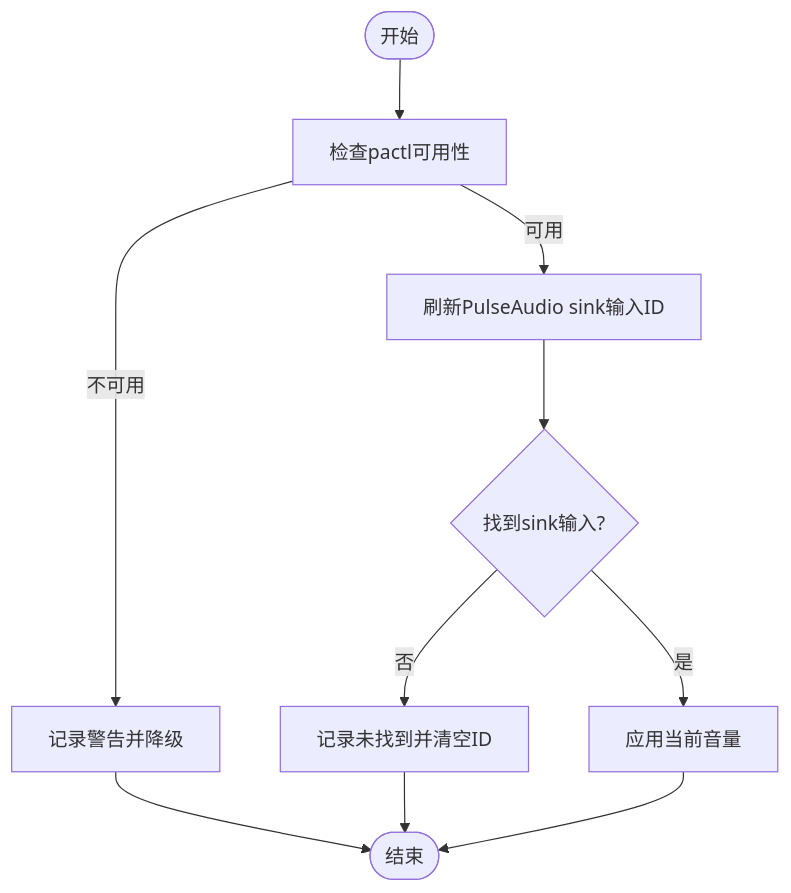
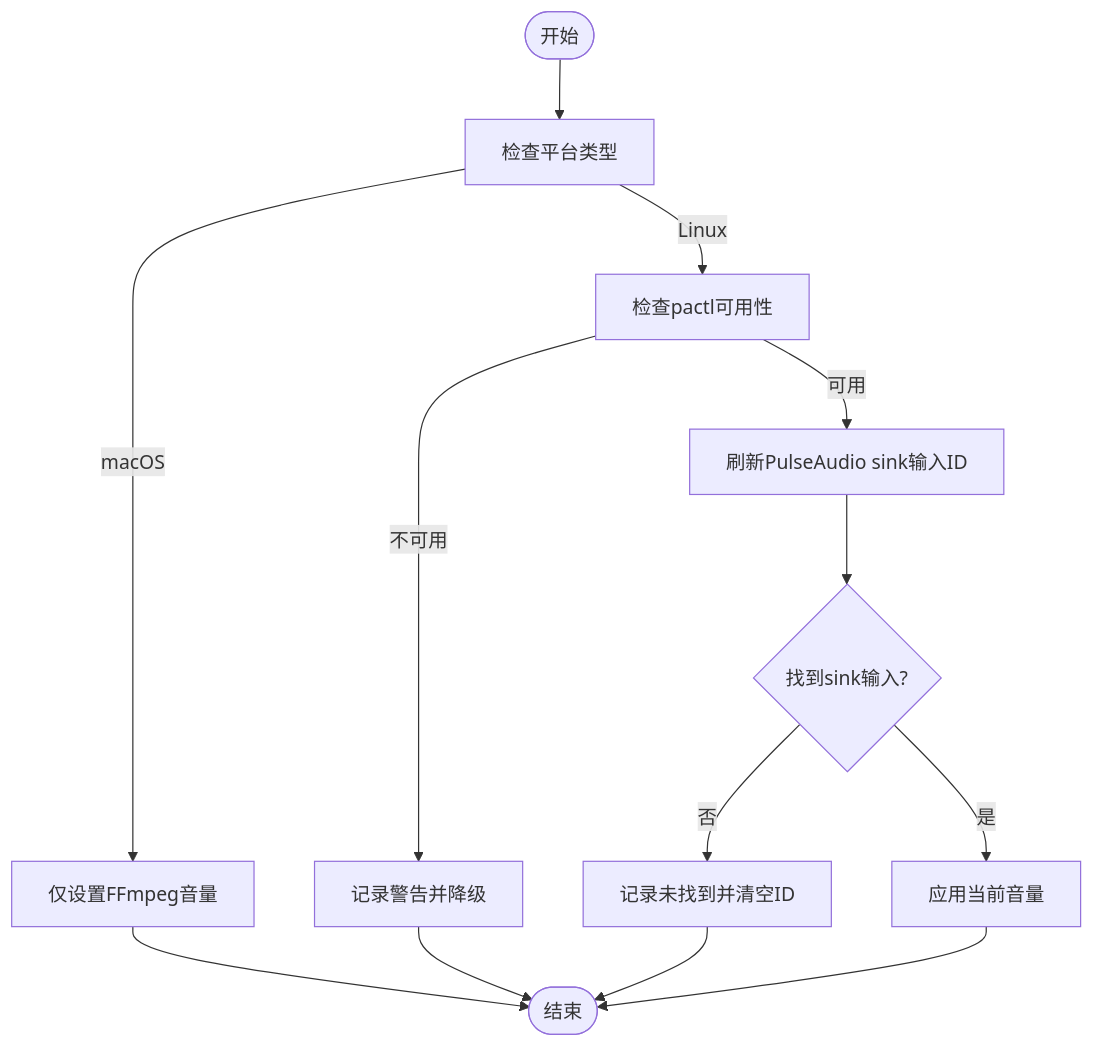
The fifth of 7 diagrams in .qoder/repowiki/zh/content/音乐播放系统/FFmpeg集成.md (GhoulOwl/Teamspeak3_Bot), drawn with Mermaid before and after one commit. The commit also changed other lines of this file and 7 other files, not shown here.

````diff
--- a/.qoder/repowiki/zh/content/音乐播放系统/FFmpeg集成.md
+++ b/.qoder/repowiki/zh/content/音乐播放系统/FFmpeg集成.md
@@ -251,12 +240,15 @@
 ```mermaid
 flowchart TD
-Start(["开始"]) --> CheckPactl["检查pactl可用性"]
+Start(["开始"]) --> CheckPlatform["检查平台类型"]
+CheckPlatform --> |macOS| SetFFmpegVol["仅设置FFmpeg音量"]
+CheckPlatform --> |Linux| CheckPactl["检查pactl可用性"]
 CheckPactl --> |不可用| Warn["记录警告并降级"]
 CheckPactl --> |可用| Refresh["刷新PulseAudio sink输入ID"]
 Refresh --> Found{"找到sink输入?"}
 Found --> |否| LogNotFound["记录未找到并清空ID"]
 Found --> |是| ApplyVol["应用当前音量"]
 ApplyVol --> End(["结束"])
 Warn --> End
 LogNotFound --> End
+SetFFmpegVol --> End
 ```
````
